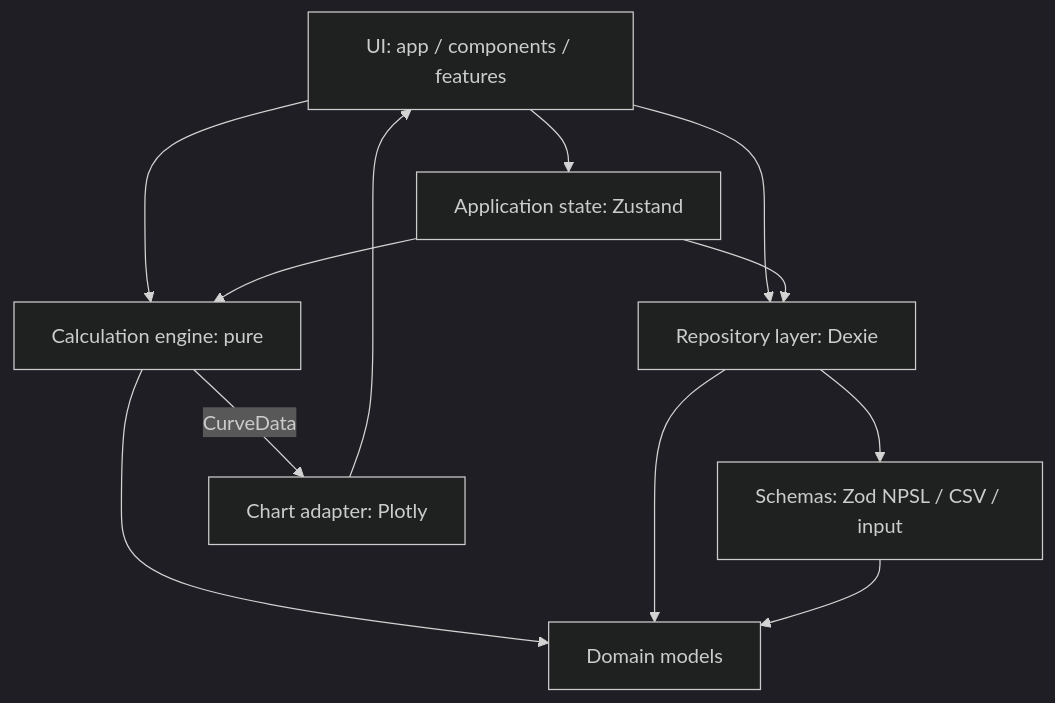
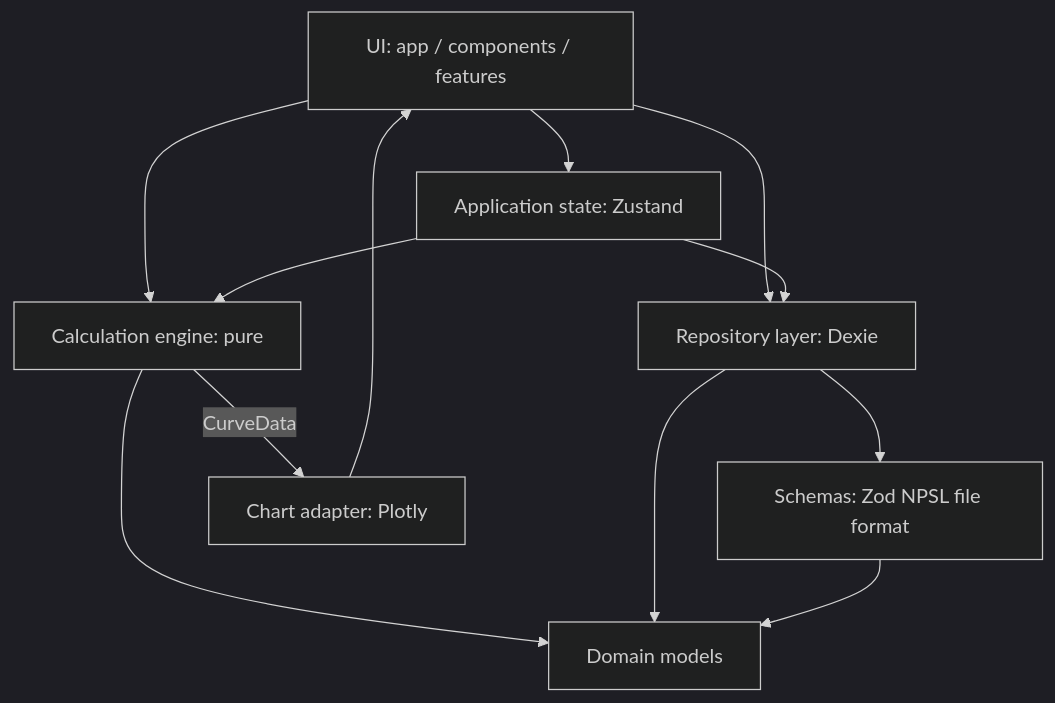
The diagram in docs/architecture.md (ookoukibob/Neuropharmacology-Sandbox), drawn with Mermaid (dark theme) before and after one commit. The commit also changed other lines of this file and 8 other files, not shown here.

````diff
--- a/docs/architecture.md
+++ b/docs/architecture.md
@@ -74,14 +77,14 @@
 ```mermaid
 flowchart TD
     UI[UI: app / components / features] --> State[Application state: Zustand]
     UI --> Engine[Calculation engine: pure]
     UI --> Repo[Repository layer: Dexie]
     State --> Engine
     State --> Repo
     Engine --> Domain[Domain models]
     Repo --> Domain
-    Repo --> Schemas[Schemas: Zod NPSL / CSV / input]
+    Repo --> Schemas[Schemas: Zod NPSL file format]
     Schemas --> Domain
     Charts[Chart adapter: Plotly] --> UI
     Engine -->|CurveData| Charts
 ```
````
